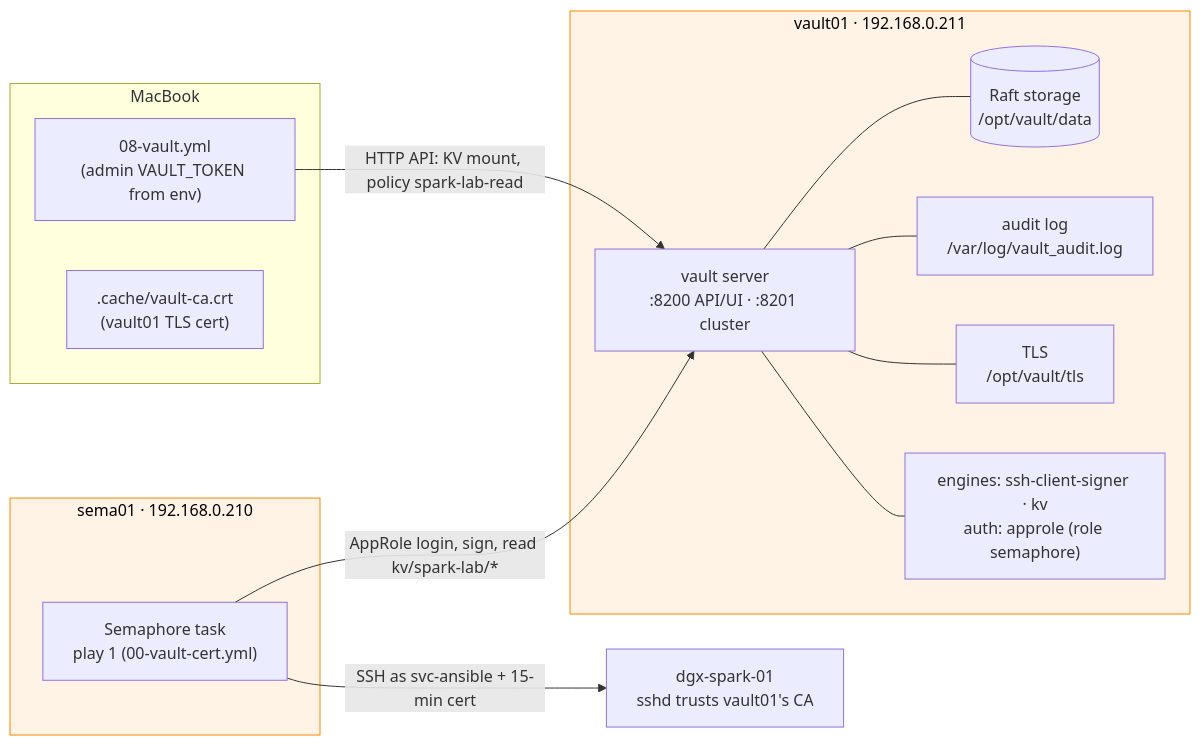
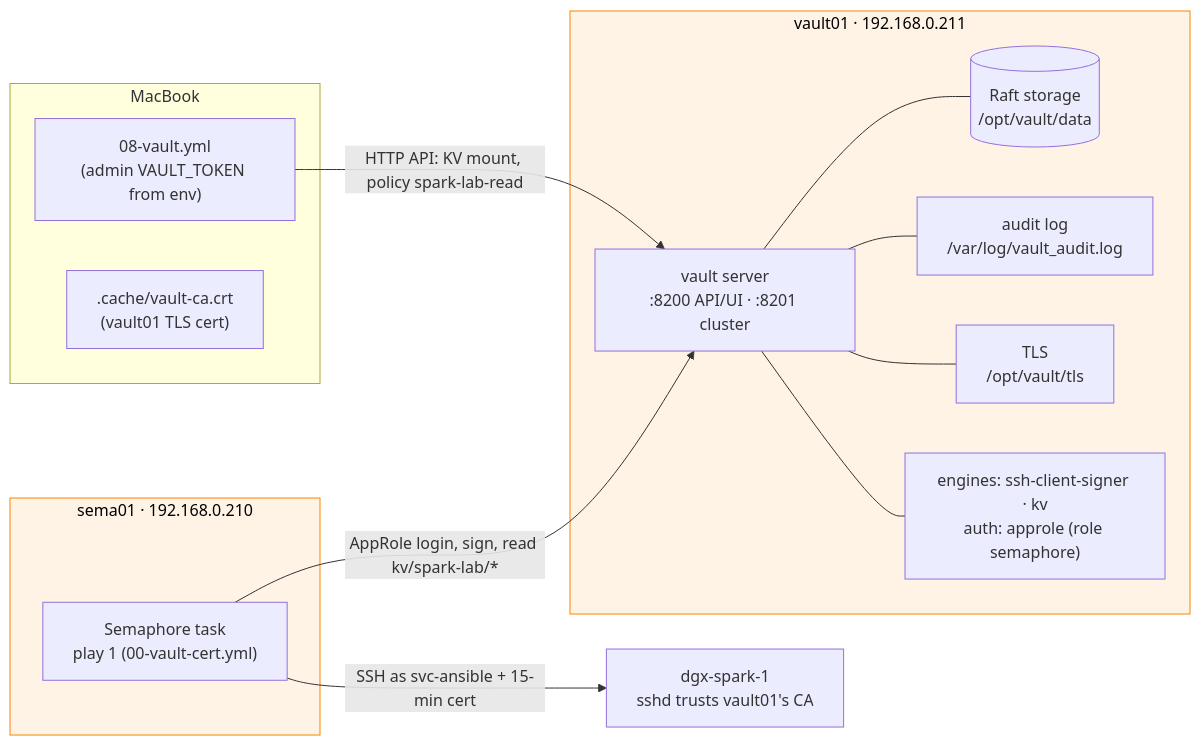
Before and after one commit to cloudone365/technical-depth: the first of 2 diagrams in 01 Ansible/03-hashicorp-vault-deep-dive.md, drawn with Mermaid. The commit also changed other lines of this file and 91 other files, not shown here.

First line of the commit message:
Rename the Spark hosts to dgx-spark-1 / dgx-spark-2

````diff
--- a/01 Ansible/03-hashicorp-vault-deep-dive.md
+++ b/01 Ansible/03-hashicorp-vault-deep-dive.md
@@ -22,24 +22,24 @@
 ```mermaid
 flowchart LR
   classDef mgmt fill:#fff3e6,stroke:#fb8500,color:#000
   subgraph MB[MacBook]
     PB["08-vault.yml<br/>(admin VAULT_TOKEN from env)"]
     CA[".cache/vault-ca.crt<br/>(vault01 TLS cert)"]
   end
   subgraph V1["vault01 · 192.168.0.211"]
     V["vault server<br/>:8200 API/UI · :8201 cluster"]
     R[("Raft storage<br/>/opt/vault/data")]
     A["audit log<br/>/var/log/vault_audit.log"]
     T["TLS<br/>/opt/vault/tls"]
     E["engines: ssh-client-signer · kv<br/>auth: approle (role semaphore)"]
   end
   subgraph S1["sema01 · 192.168.0.210"]
     P1["Semaphore task<br/>play 1 (00-vault-cert.yml)"]
   end
-  SP["dgx-spark-01<br/>sshd trusts vault01's CA"]
+  SP["dgx-spark-1<br/>sshd trusts vault01's CA"]
   PB -->|"HTTP API: KV mount, policy spark-lab-read"| V
   P1 -->|"AppRole login, sign, read kv/spark-lab/*"| V
   P1 -->|"SSH as svc-ansible + 15-min cert"| SP
   V --- R & A & T & E
   class V1,S1 mgmt
 ```
````
